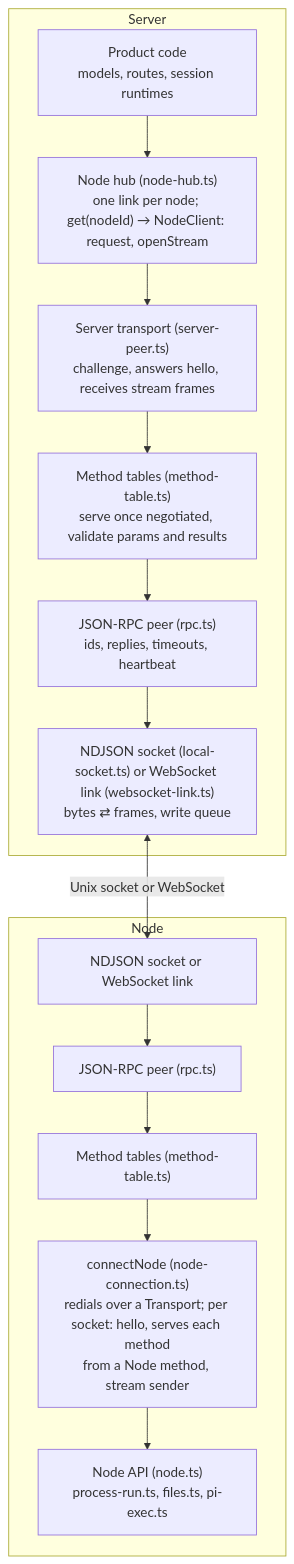
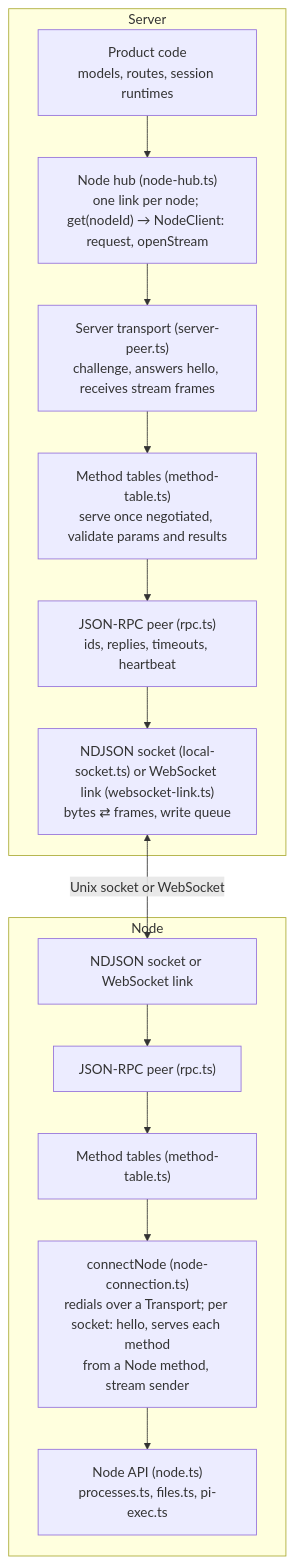
Before and after one commit to willtcarey/reins: the second of 9 diagrams in docs/dev/node-transport.md, drawn with Mermaid. The commit also changed other lines of this file and 12 other files, not shown here.

Commit message:
Docs: node processes (ADR-039), spawn, callers by session ID

````diff
--- a/docs/dev/node-transport.md
+++ b/docs/dev/node-transport.md
@@ -68,21 +68,21 @@
 ```mermaid
 graph TB
     subgraph "Server"
         S5["Product code<br/>models, routes, session runtimes"]
         S4["Node hub (node-hub.ts)<br/>one link per node; get(nodeId) → NodeClient: request, openStream"]
         S3["Server transport (server-peer.ts)<br/>challenge, answers hello, receives stream frames"]
         S2["Method tables (method-table.ts)<br/>serve once negotiated, validate params and results"]
         S1["JSON-RPC peer (rpc.ts)<br/>ids, replies, timeouts, heartbeat"]
         S0["NDJSON socket (local-socket.ts) or WebSocket link (websocket-link.ts)<br/>bytes ⇄ frames, write queue"]
         S5 --> S4 --> S3 --> S2 --> S1 --> S0
     end
     subgraph "Node"
         N0["NDJSON socket or WebSocket link"]
         N1["JSON-RPC peer (rpc.ts)"]
         N2["Method tables (method-table.ts)"]
         N3["connectNode (node-connection.ts)<br/>redials over a Transport; per socket: hello, serves each method<br/>from a Node method, stream sender"]
-        N4["Node API (node.ts)<br/>process-run.ts, files.ts, pi-exec.ts"]
+        N4["Node API (node.ts)<br/>processes.ts, files.ts, pi-exec.ts"]
         N0 --> N1 --> N2 --> N3 --> N4
     end
     S0 <-->|Unix socket or WebSocket| N0
 ```
````
